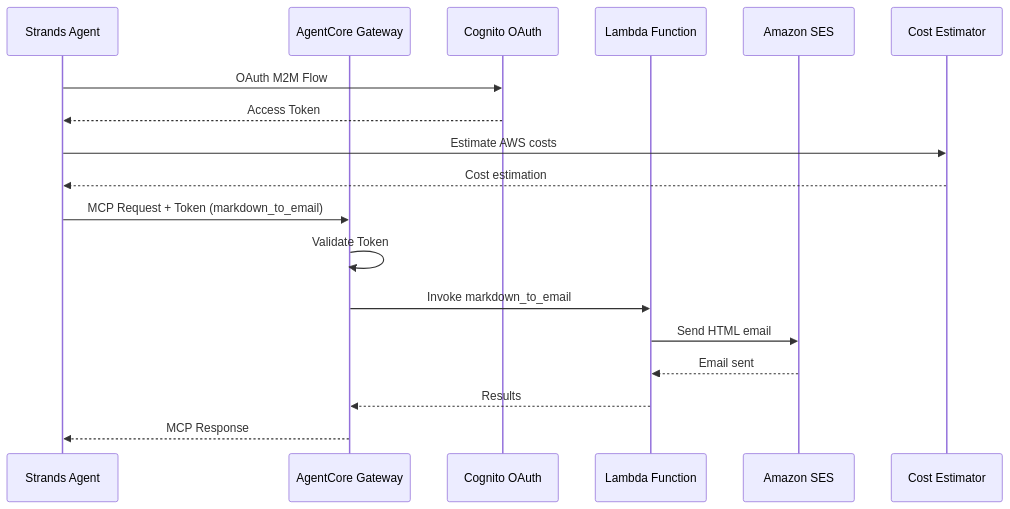
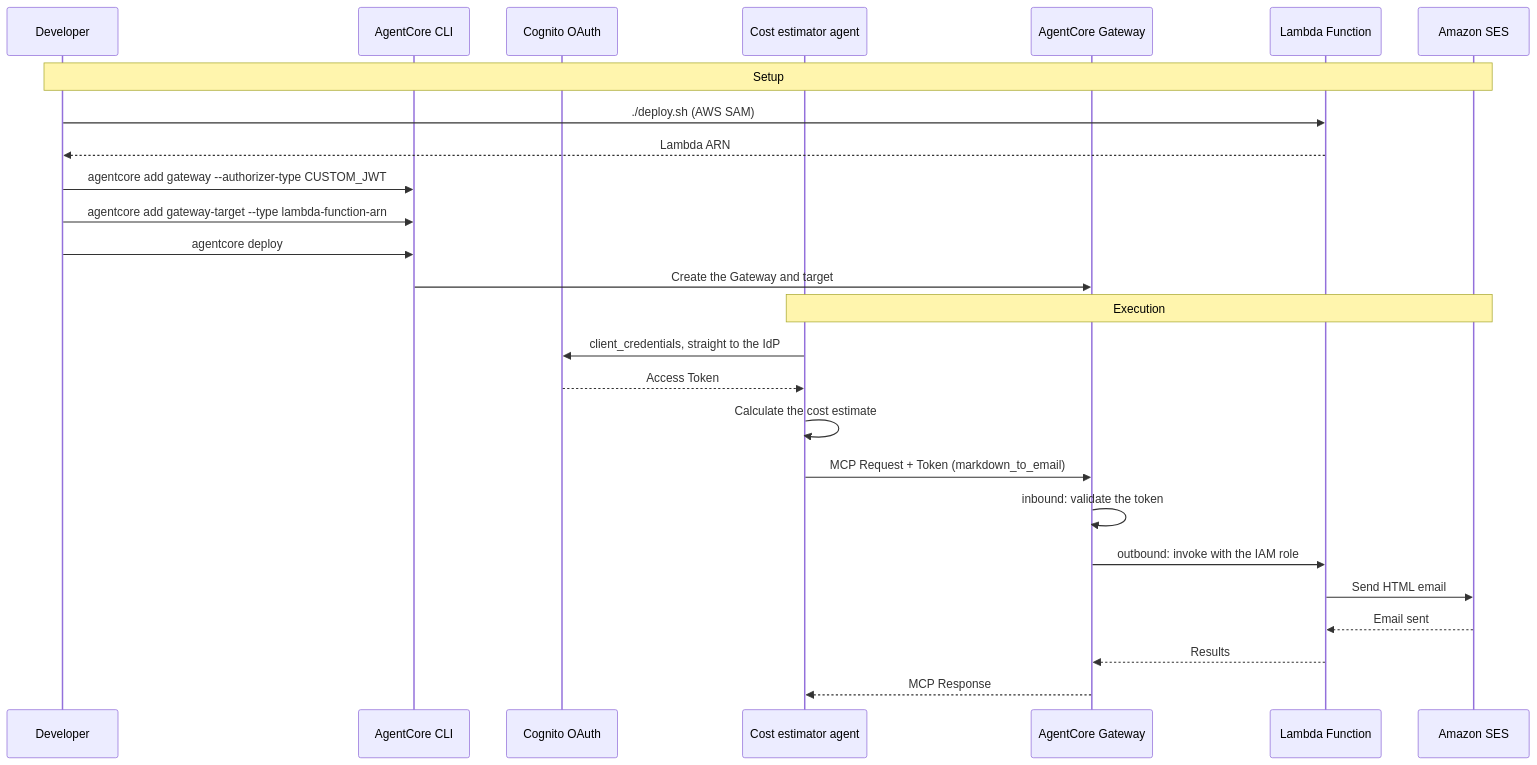
One commit to aws-samples/sample-amazon-bedrock-agentcore-onboarding changed the diagram in 07_gateway/README.md. Above: the diagram before and after it, drawn with Mermaid. The commit also changed other lines of this file and 68 other files, not shown here.

First line of the commit message:
feat: migrate labs from Starter Toolkit to AgentCore CLI

````diff
--- a/07_gateway/README.md
+++ b/07_gateway/README.md
@@ -9,21 +9,30 @@
 ```mermaid
 sequenceDiagram
-    participant Agent as Strands Agent
+    participant Dev as Developer
+    participant CLI as AgentCore CLI
+    participant Cognito as Cognito OAuth
+    participant Agent as Cost estimator agent
     participant Gateway as AgentCore Gateway
-    participant Cognito as Cognito OAuth
     participant Lambda as Lambda Function
     participant SES as Amazon SES
-    participant CostEst as Cost Estimator
 
-    Agent->>Cognito: OAuth M2M Flow
+    Note over Dev,SES: Setup
+    Dev->>Lambda: ./deploy.sh (AWS SAM)
+    Lambda-->>Dev: Lambda ARN
+    Dev->>CLI: agentcore add gateway --authorizer-type CUSTOM_JWT
+    Dev->>CLI: agentcore add gateway-target --type lambda-function-arn
+    Dev->>CLI: agentcore deploy
+    CLI->>Gateway: Create the Gateway and target
+
+    Note over Agent,SES: Execution
+    Agent->>Cognito: client_credentials, straight to the IdP
     Cognito-->>Agent: Access Token
-    Agent->>CostEst: Estimate AWS costs
-    CostEst-->>Agent: Cost estimation
+    Agent->>Agent: Calculate the cost estimate
     Agent->>Gateway: MCP Request + Token (markdown_to_email)
-    Gateway->>Gateway: Validate Token
-    Gateway->>Lambda: Invoke markdown_to_email
+    Gateway->>Gateway: inbound: validate the token
+    Gateway->>Lambda: outbound: invoke with the IAM role
     Lambda->>SES: Send HTML email
     SES-->>Lambda: Email sent
     Lambda-->>Gateway: Results
     Gateway-->>Agent: MCP Response
 ```
````
